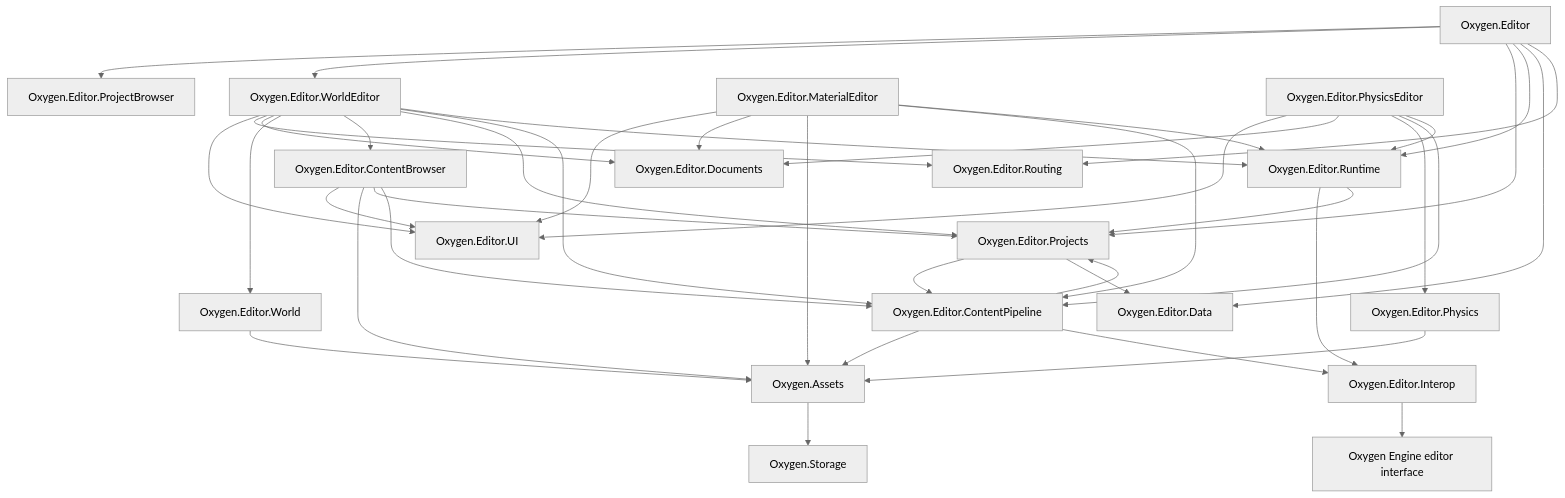
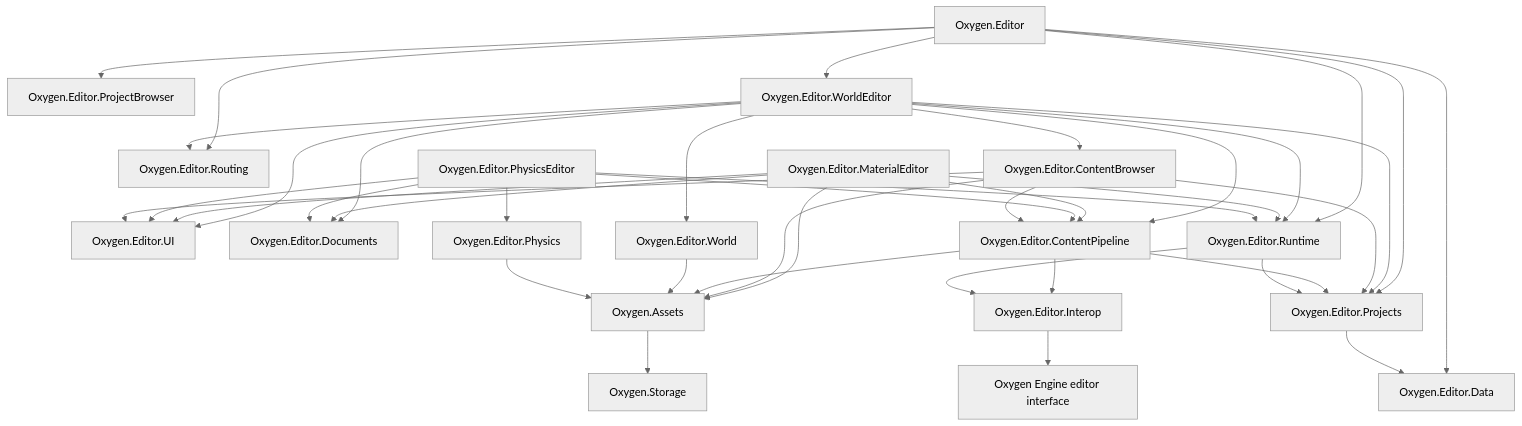
Before and after one commit to abdes/DroidNet: the tenth of 10 diagrams in design/editor/ARCHITECTURE.md, drawn with Mermaid (neutral theme). The commit also changed other lines of this file and 19 other files, not shown here.

````diff
--- a/design/editor/ARCHITECTURE.md
+++ b/design/editor/ARCHITECTURE.md
@@ -885,62 +980,61 @@
 ```mermaid
 flowchart TB
     App[Oxygen.Editor]
     UI[Oxygen.Editor.UI]
     Routing[Oxygen.Editor.Routing]
     PB[Oxygen.Editor.ProjectBrowser]
     Docs[Oxygen.Editor.Documents]
     WorldEditor[Oxygen.Editor.WorldEditor]
     MaterialEditor[Oxygen.Editor.MaterialEditor]
     PhysicsEditor[Oxygen.Editor.PhysicsEditor]
     ContentBrowser[Oxygen.Editor.ContentBrowser]
     Projects[Oxygen.Editor.Projects]
     Pipeline[Oxygen.Editor.ContentPipeline]
     Runtime[Oxygen.Editor.Runtime]
     Interop[Oxygen.Editor.Interop]
     World[Oxygen.Editor.World]
     Physics[Oxygen.Editor.Physics]
     Data[Oxygen.Editor.Data]
     Assets[Oxygen.Assets]
     Storage[Oxygen.Storage]
     Engine[Oxygen Engine editor interface]
 
     App --> PB
     App --> WorldEditor
     App --> Projects
     App --> Runtime
     App --> Data
     App --> Routing
     WorldEditor --> UI
     WorldEditor --> Routing
     WorldEditor --> Docs
     WorldEditor --> World
     WorldEditor --> ContentBrowser
     WorldEditor --> Projects
     WorldEditor --> Pipeline
     WorldEditor --> Runtime
     MaterialEditor --> UI
     MaterialEditor --> Docs
     MaterialEditor --> Assets
     MaterialEditor --> Pipeline
     MaterialEditor --> Runtime
     PhysicsEditor --> UI
     PhysicsEditor --> Docs
     PhysicsEditor --> Physics
     PhysicsEditor --> Pipeline
     PhysicsEditor --> Runtime
     ContentBrowser --> UI
     ContentBrowser --> Assets
     ContentBrowser --> Projects
     ContentBrowser --> Pipeline
-    Projects --> Pipeline
     Pipeline --> Assets
     Pipeline --> Projects
     Pipeline --> Interop
     Runtime --> Interop
     Runtime --> Projects
     Interop --> Engine
     World --> Assets
     Physics --> Assets
     Assets --> Storage
     Projects --> Data
 ```
````
